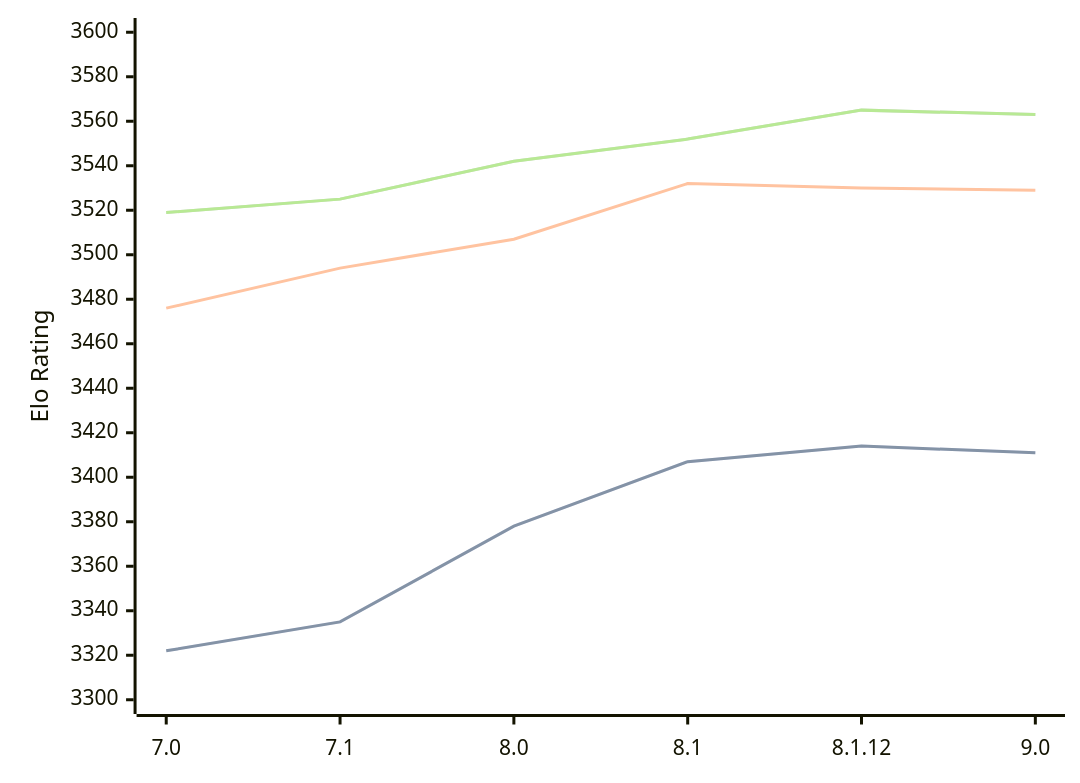
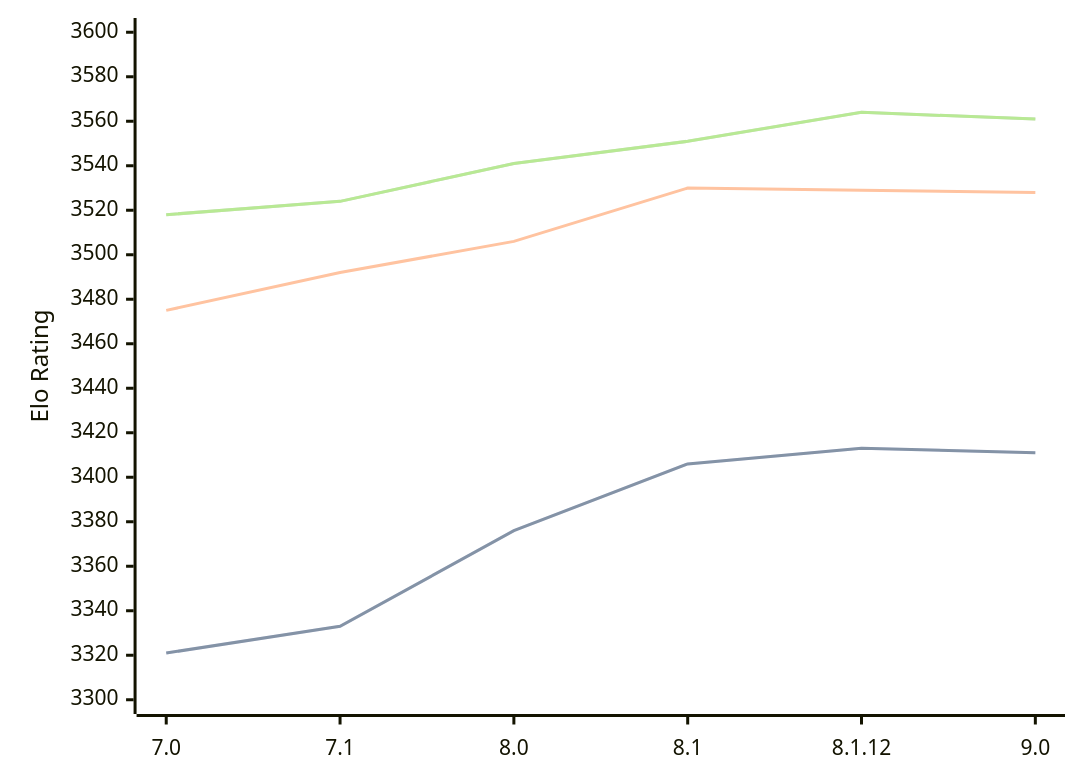
Before and after one commit to computer-chess-index/cci: the diagram in engines/Alexandria.md, drawn with Mermaid. The commit also changed other lines of this file, not shown here.

Commit message:
Update CCI Ratings (ELO VLTC) - 2026-06-07

````diff
--- a/engines/Alexandria.md
+++ b/engines/Alexandria.md
@@ -55,11 +55,11 @@
 ```mermaid
 %%{init: {"theme":"base","themeVariables":{"seriesColors:['#a3a3a3','#222221','#faa371']}}}%%
 xychart-beta
   x-axis ["7.0", "7.1", "8.0", "8.1", "8.1.12", "9.0"]
   y-axis "Elo Rating" 3300 --> 3600
-  line "STC (8.0+0.08s)" [3322, 3335, 3378, 3407, 3414, 3411]
-  line "STC (8.0+0.08s)" [3322, 3335, 3378, 3407, 3414, 3411]
-  line "LTC (60.0+0.60s)" [3476, 3494, 3507, 3532, 3530, 3529]
-  line "VLTC (2m24s+1.12s)" [3519, 3525, 3542, 3552, 3565, 3563]
-  line "VLTC (2m24s+1.12s)" [3519, 3525, 3542, 3552, 3565, 3563]
+  line "STC (8.0+0.08s)" [3321, 3333, 3376, 3406, 3413, 3411]
+  line "STC (8.0+0.08s)" [3321, 3333, 3376, 3406, 3413, 3411]
+  line "LTC (60.0+0.60s)" [3475, 3492, 3506, 3530, 3529, 3528]
+  line "VLTC (2m24s+1.12s)" [3518, 3524, 3541, 3551, 3564, 3561]
+  line "VLTC (2m24s+1.12s)" [3518, 3524, 3541, 3551, 3564, 3561]
 ```
````
